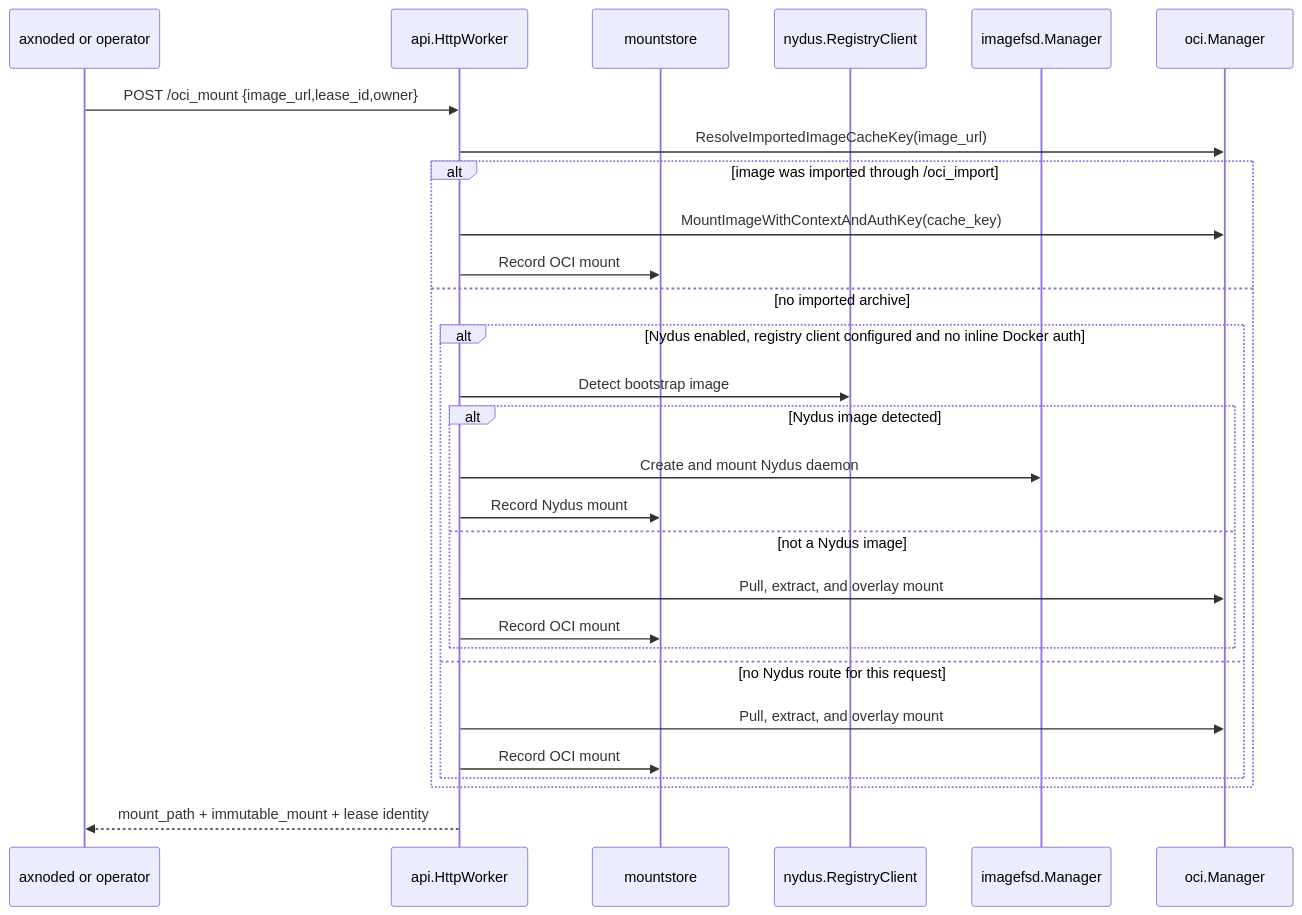
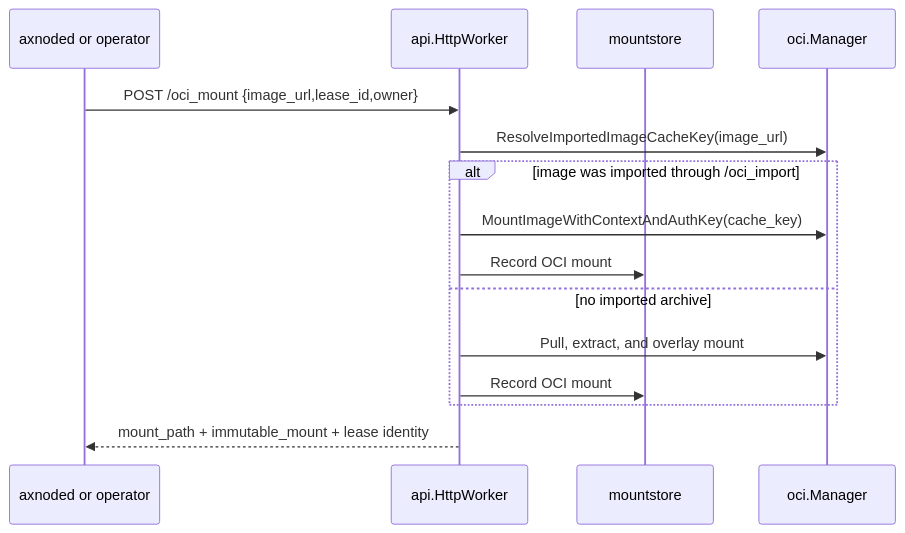
One commit to cofy-x/axern changed the second of 2 diagrams in runtime/imagemgr/docs/architecture.md. Above: the diagram before and after it, drawn with Mermaid. The commit also changed other lines of this file and 499 other files, not shown here.

````diff
--- a/runtime/imagemgr/docs/architecture.md
+++ b/runtime/imagemgr/docs/architecture.md
@@ -37,31 +34,18 @@
 ```mermaid
 sequenceDiagram
     participant Client as axnoded or operator
     participant API as api.HttpWorker
     participant Store as mountstore
-    participant Nydus as nydus.RegistryClient
-    participant IFSD as imagefsd.Manager
     participant OCI as oci.Manager
 
     Client->>API: POST /oci_mount {image_url,lease_id,owner}
     API->>OCI: ResolveImportedImageCacheKey(image_url)
     alt image was imported through /oci_import
         API->>OCI: MountImageWithContextAndAuthKey(cache_key)
         API->>Store: Record OCI mount
     else no imported archive
-        alt Nydus enabled, registry client configured and no inline Docker auth
-            API->>Nydus: Detect bootstrap image
-            alt Nydus image detected
-                API->>IFSD: Create and mount Nydus daemon
-                API->>Store: Record Nydus mount
-            else not a Nydus image
-                API->>OCI: Pull, extract, and overlay mount
-                API->>Store: Record OCI mount
-            end
-        else no Nydus route for this request
-            API->>OCI: Pull, extract, and overlay mount
-            API->>Store: Record OCI mount
-        end
+        API->>OCI: Pull, extract, and overlay mount
+        API->>Store: Record OCI mount
     end
     API-->>Client: mount_path + immutable_mount + lease identity
 ```
````
